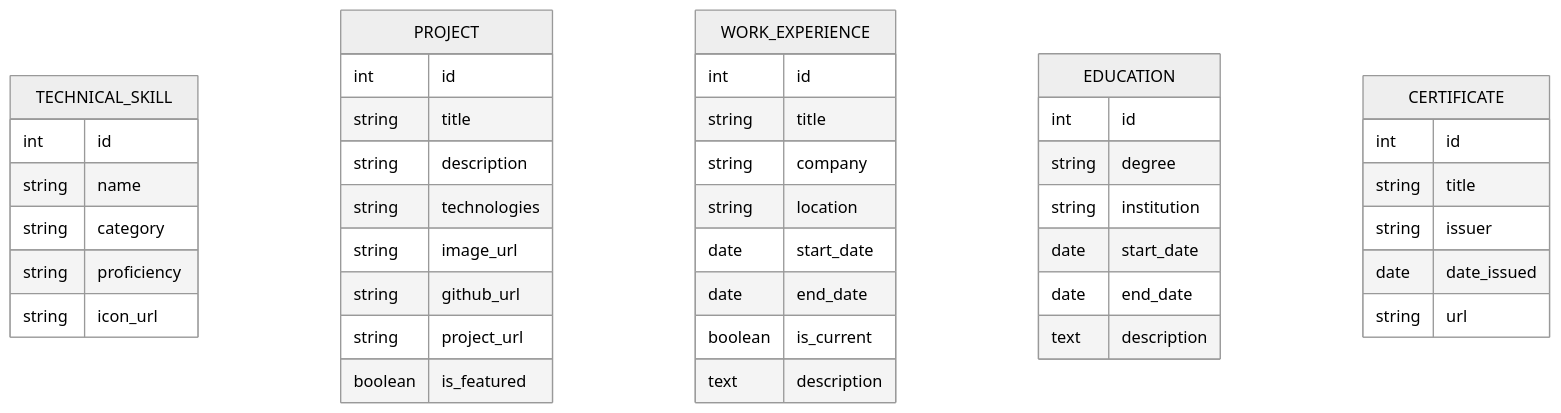
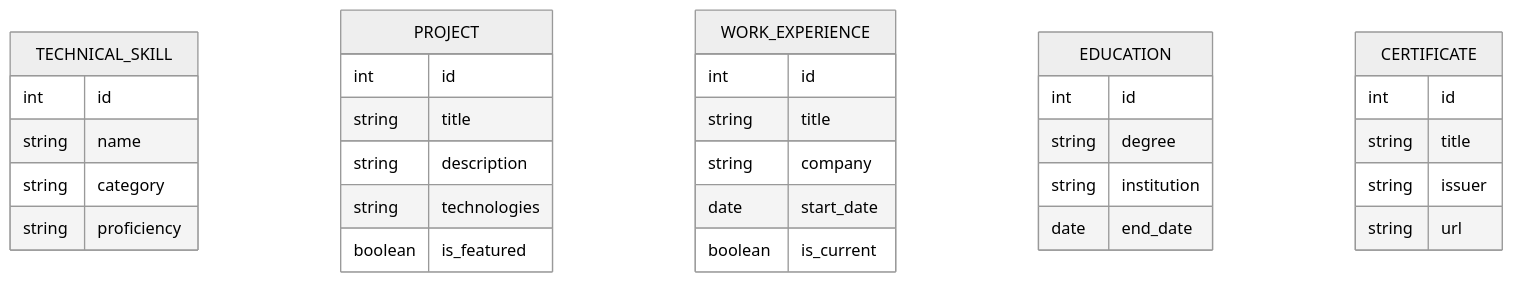
One commit to dagiteferi/ai-portfolio-platform changed the third of 3 diagrams in README.md. Above: the diagram before and after it, drawn with Mermaid (neutral theme). The commit also changed other lines of this file, not shown here.

````diff
--- a/README.md
+++ b/README.md
@@ -79,45 +100,35 @@
 ```mermaid
 erDiagram
     TECHNICAL_SKILL {
         int id
         string name
         string category
         string proficiency
-        string icon_url
     }
     PROJECT {
         int id
         string title
         string description
         string technologies
-        string image_url
-        string github_url
-        string project_url
         boolean is_featured
     }
     WORK_EXPERIENCE {
         int id
         string title
         string company
-        string location
         date start_date
-        date end_date
         boolean is_current
-        text description
     }
     EDUCATION {
         int id
         string degree
         string institution
-        date start_date
         date end_date
-        text description
     }
     CERTIFICATE {
         int id
         string title
         string issuer
-        date date_issued
         string url
     }
 ```
````
